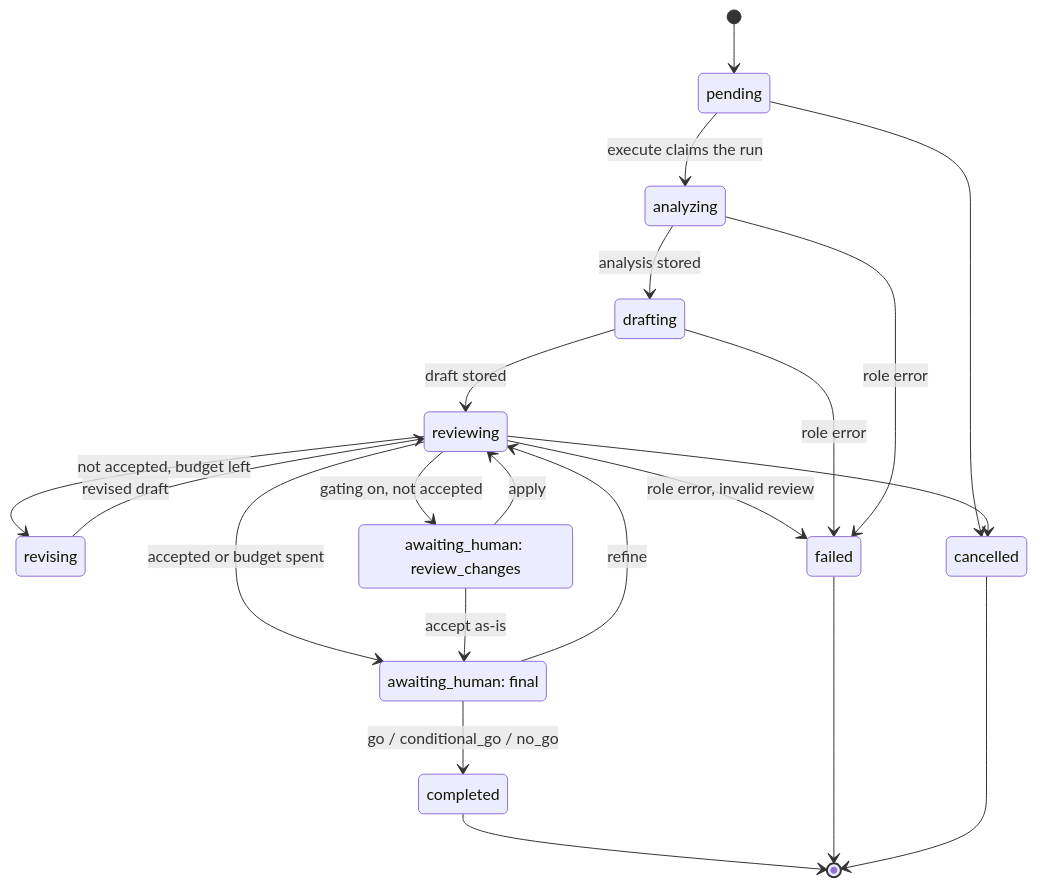
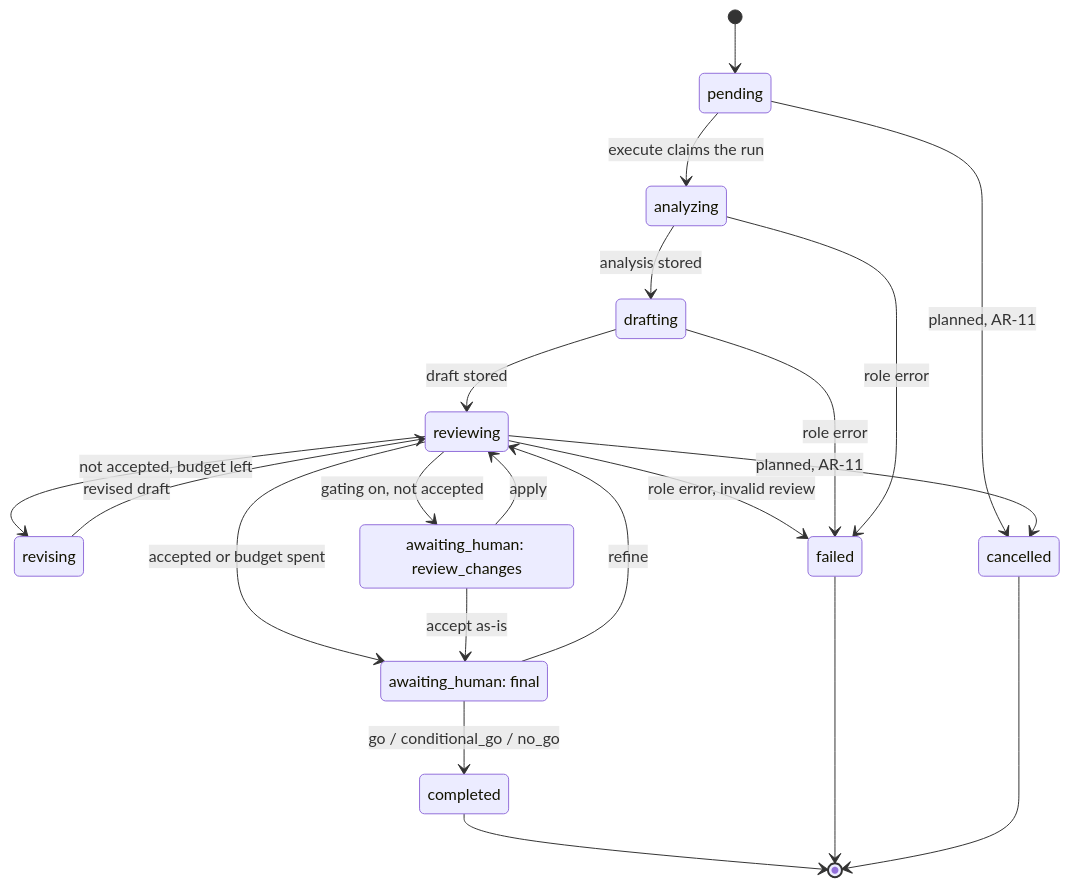
One commit to keensap/AIFactory changed the fourth of 16 diagrams in docs/ARCHITECTURE.md. Above: the diagram before and after it, drawn with Mermaid. The commit also changed other lines of this file and 3 other files, not shown here.

````diff
--- a/docs/ARCHITECTURE.md
+++ b/docs/ARCHITECTURE.md
@@ -119,25 +119,25 @@
 ```mermaid
 stateDiagram-v2
   [*] --> pending
   pending --> analyzing: execute claims the run
   analyzing --> drafting: analysis stored
   drafting --> reviewing: draft stored
   reviewing --> revising: not accepted, budget left
   revising --> reviewing: revised draft
   reviewing --> reviewGate: gating on, not accepted
   reviewing --> finalGate: accepted or budget spent
   state "awaiting_human: review_changes" as reviewGate
   state "awaiting_human: final" as finalGate
   reviewGate --> reviewing: apply
   reviewGate --> finalGate: accept as-is
   finalGate --> reviewing: refine
   finalGate --> completed: go / conditional_go / no_go
   reviewing --> failed: role error, invalid review
   drafting --> failed: role error
   analyzing --> failed: role error
-  pending --> cancelled
-  reviewing --> cancelled
+  pending --> cancelled: planned, AR-11
+  reviewing --> cancelled: planned, AR-11
   completed --> [*]
   failed --> [*]
   cancelled --> [*]
 ```
````
